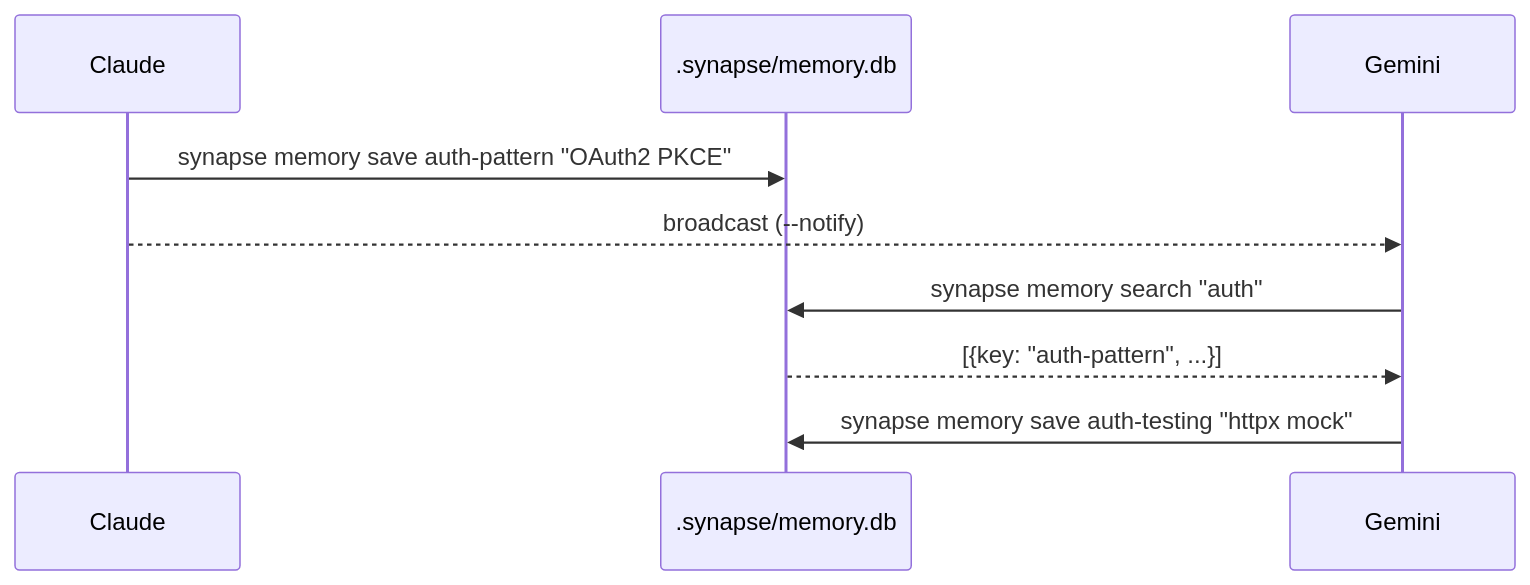
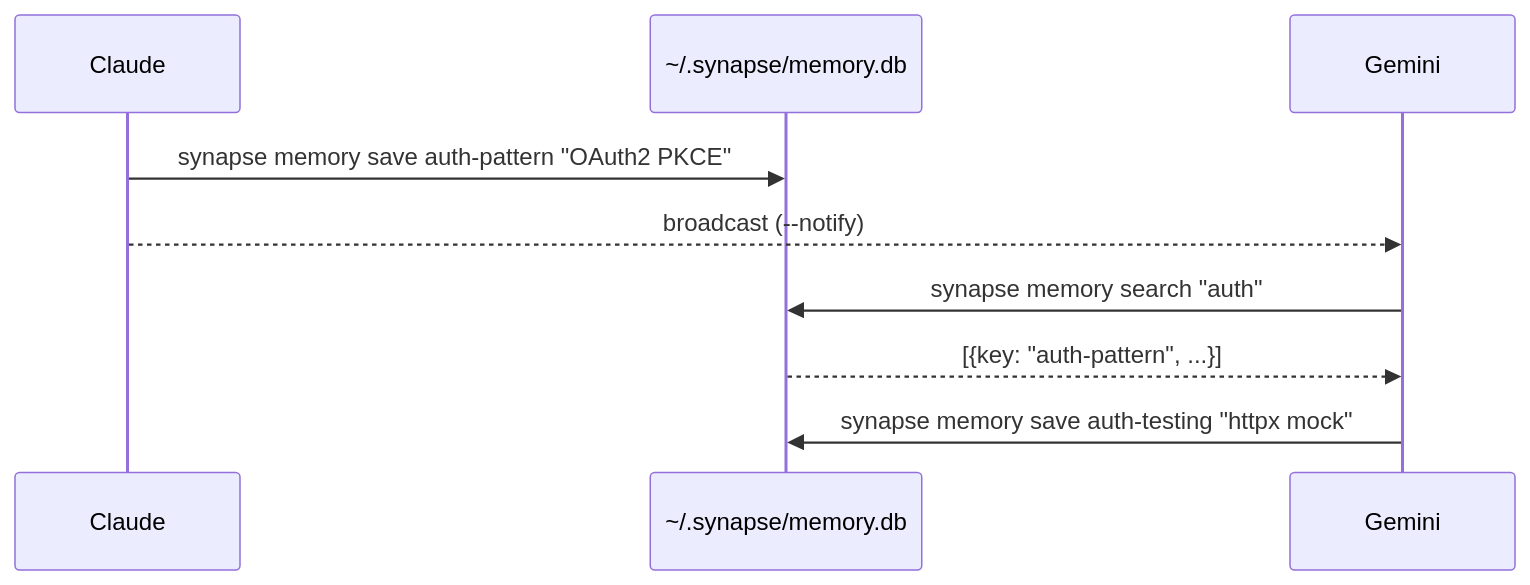
Before and after one commit to s-hiraoku/synapse-a2a: the diagram in site-docs/guide/shared-memory.md, drawn with Mermaid. The commit also changed other lines of this file and 74 other files, not shown here.

````diff
--- a/site-docs/guide/shared-memory.md
+++ b/site-docs/guide/shared-memory.md
@@ -179,12 +179,12 @@
 ```mermaid
 sequenceDiagram
     participant C as Claude
-    participant M as .synapse/memory.db
+    participant M as ~/.synapse/memory.db
     participant G as Gemini
 
     C->>M: synapse memory save auth-pattern "OAuth2 PKCE"
     C-->>G: broadcast (--notify)
     G->>M: synapse memory search "auth"
     M-->>G: [{key: "auth-pattern", ...}]
     G->>M: synapse memory save auth-testing "httpx mock"
 ```
````
